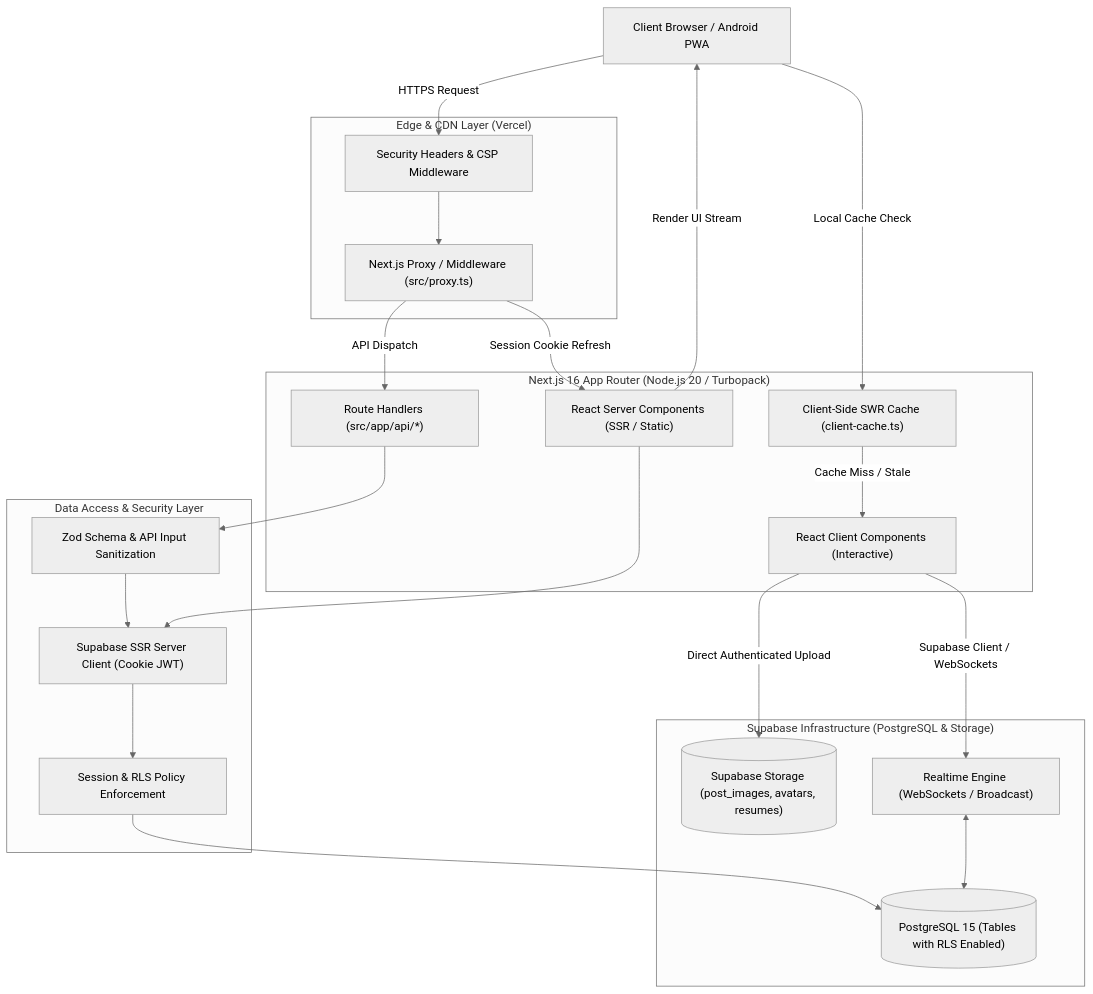
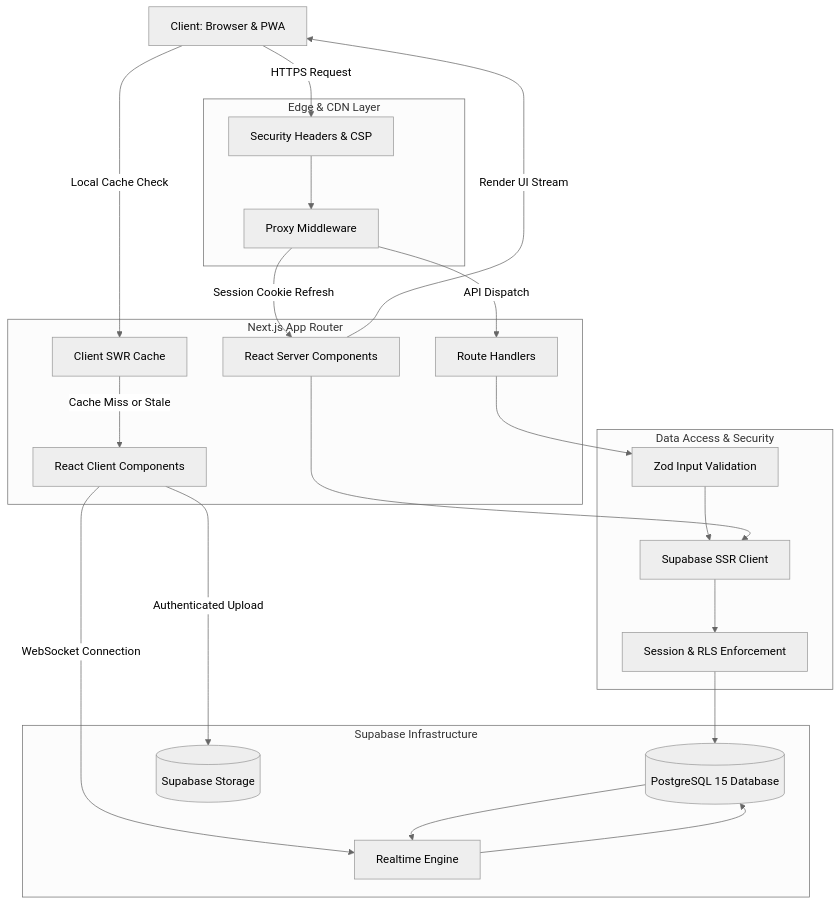
One commit to samiralam321/NewTrackr changed the diagram in docs/ARCHITECTURE.md. Above: the diagram before and after it, drawn with Mermaid (neutral theme). The commit also changed 2 other files, not shown here.

Commit message:
fix(docs): optimize Mermaid syntax for GitHub renderer compatibility

````diff
--- a/docs/ARCHITECTURE.md
+++ b/docs/ARCHITECTURE.md
@@ -16,47 +16,48 @@
 ```mermaid
 flowchart TD
-    Client["Client Browser / Android PWA"]
+    Client["Client: Browser & PWA"]
     
-    subgraph Edge ["Edge & CDN Layer (Vercel)"]
-        HSTS["Security Headers & CSP Middleware"]
-        Proxy["Next.js Proxy / Middleware (src/proxy.ts)"]
+    subgraph EdgeLayer["Edge & CDN Layer"]
+        HSTS["Security Headers & CSP"]
+        Proxy["Proxy Middleware"]
     end
     
-    subgraph AppRouter ["Next.js 16 App Router (Node.js 20 / Turbopack)"]
-        RSC["React Server Components (SSR / Static)"]
-        RCC["React Client Components (Interactive)"]
-        APIs["Route Handlers (src/app/api/*)"]
-        Cache["Client-Side SWR Cache (client-cache.ts)"]
+    subgraph AppRouter["Next.js App Router"]
+        RSC["React Server Components"]
+        RCC["React Client Components"]
+        APIs["Route Handlers"]
+        Cache["Client SWR Cache"]
     end
     
-    subgraph DataBoundary ["Data Access & Security Layer"]
-        SSRClient["Supabase SSR Server Client (Cookie JWT)"]
-        AuthCheck["Session & RLS Policy Enforcement"]
-        ZodVal["Zod Schema & API Input Sanitization"]
+    subgraph DataBoundary["Data Access & Security"]
+        SSRClient["Supabase SSR Client"]
+        AuthCheck["Session & RLS Enforcement"]
+        ZodVal["Zod Input Validation"]
     end
     
-    subgraph StorageLayer ["Supabase Infrastructure (PostgreSQL & Storage)"]
-        PG[("PostgreSQL 15 (Tables with RLS Enabled)")]
-        Buckets[("Supabase Storage (post_images, avatars, resumes)")]
-        Realtime["Realtime Engine (WebSockets / Broadcast)"]
+    subgraph StorageLayer["Supabase Infrastructure"]
+        PG[(PostgreSQL 15 Database)]
+        Buckets[(Supabase Storage)]
+        Realtime["Realtime Engine"]
     end
 
     Client -->|HTTPS Request| HSTS
     HSTS --> Proxy
     Proxy -->|Session Cookie Refresh| RSC
     Proxy -->|API Dispatch| APIs
     
     RSC -->|Render UI Stream| Client
     Client -->|Local Cache Check| Cache
-    Cache -->|Cache Miss / Stale| RCC
-    RCC -->|Supabase Client / WebSockets| Realtime
+    Cache -->|Cache Miss or Stale| RCC
+    RCC -->|WebSocket Connection| Realtime
     
     APIs --> ZodVal
     ZodVal --> SSRClient
     RSC --> SSRClient
     
     SSRClient --> AuthCheck
     AuthCheck --> PG
-    RCC -->|Direct Authenticated Upload| Buckets
-    Realtime <--> PG
+    RCC -->|Authenticated Upload| Buckets
+    Realtime --> PG
+    PG --> Realtime
 ```
````
